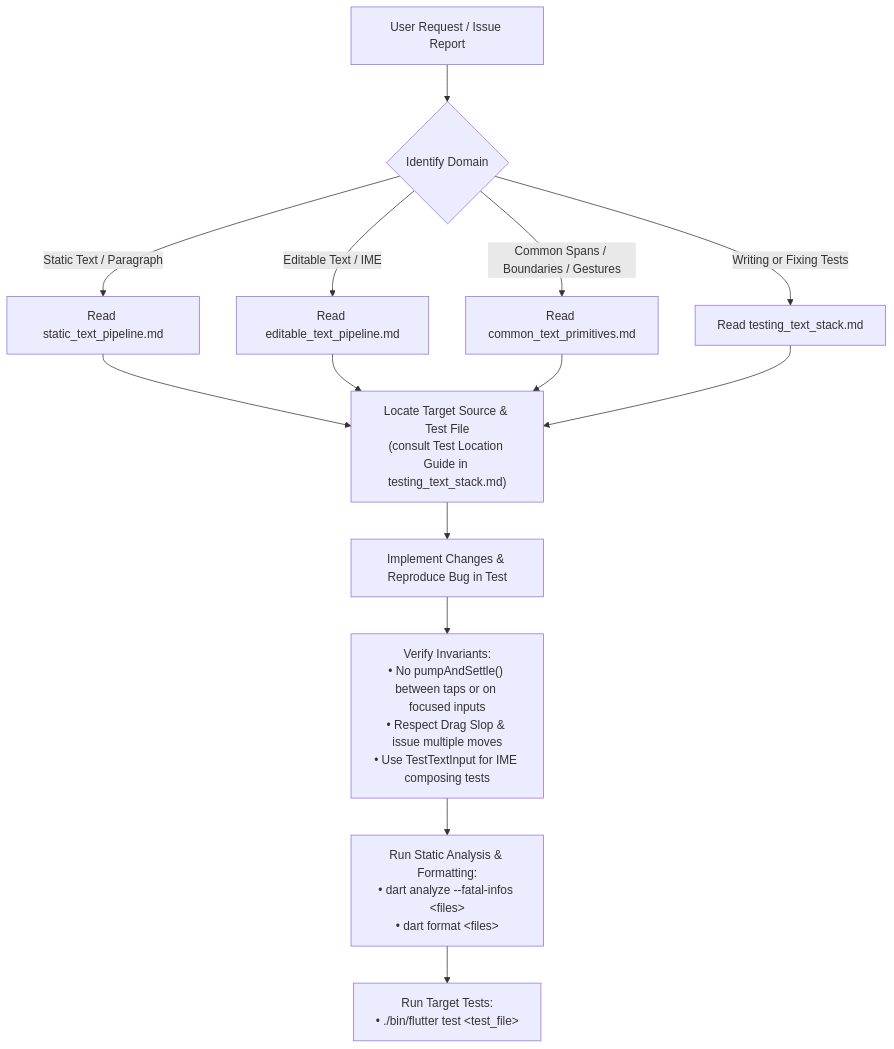
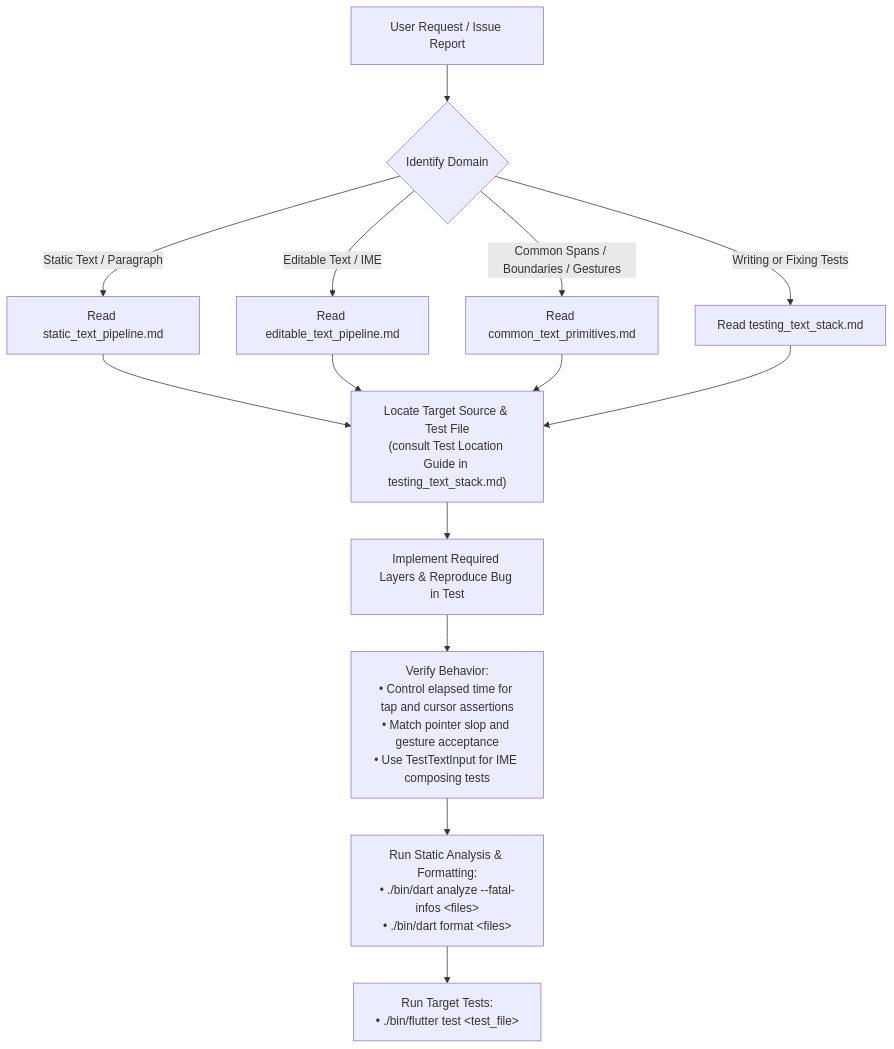
One commit to Renzo-Olivares/flutter changed the diagram in .agents/skills/flutter-text-domain-expert/SKILL.md. Above: the diagram before and after it, drawn with Mermaid. The commit also changed other lines of this file and 5 other files, not shown here.

````diff
--- a/.agents/skills/flutter-text-domain-expert/SKILL.md
+++ b/.agents/skills/flutter-text-domain-expert/SKILL.md
@@ -83,18 +78,18 @@
 ```mermaid
 flowchart TD
     A["User Request / Issue Report"] --> B{"Identify Domain"}
     B -->|"Static Text / Paragraph"| C["Read static_text_pipeline.md"]
     B -->|"Editable Text / IME"| D["Read editable_text_pipeline.md"]
     B -->|"Common Spans / Boundaries / Gestures"| E["Read common_text_primitives.md"]
     B -->|"Writing or Fixing Tests"| F["Read testing_text_stack.md"]
-    
+
     C --> G["Locate Target Source & Test File<br/>(consult Test Location Guide in testing_text_stack.md)"]
     D --> G
     E --> G
     F --> G
 
-    G --> H["Implement Changes & Reproduce Bug in Test"]
-    H --> I["Verify Invariants:<br/>• No pumpAndSettle() between taps or on focused inputs<br/>• Respect Drag Slop & issue multiple moves<br/>• Use TestTextInput for IME composing tests"]
-    I --> J["Run Static Analysis & Formatting:<br/>• dart analyze --fatal-infos &lt;files&gt;<br/>• dart format &lt;files&gt;"]
+    G --> H["Implement Required Layers & Reproduce Bug in Test"]
+    H --> I["Verify Behavior:<br/>• Control elapsed time for tap and cursor assertions<br/>• Match pointer slop and gesture acceptance<br/>• Use TestTextInput for IME composing tests"]
+    I --> J["Run Static Analysis & Formatting:<br/>• ./bin/dart analyze --fatal-infos &lt;files&gt;<br/>• ./bin/dart format &lt;files&gt;"]
     J --> K["Run Target Tests:<br/>• ./bin/flutter test &lt;test_file&gt;"]
 ```
````
